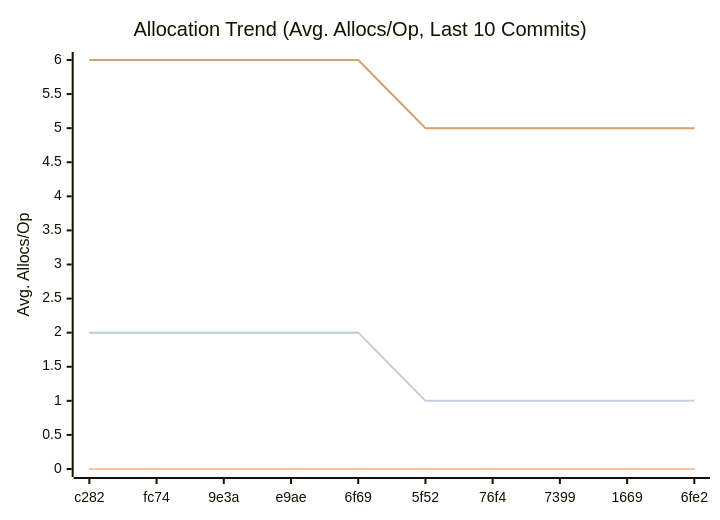
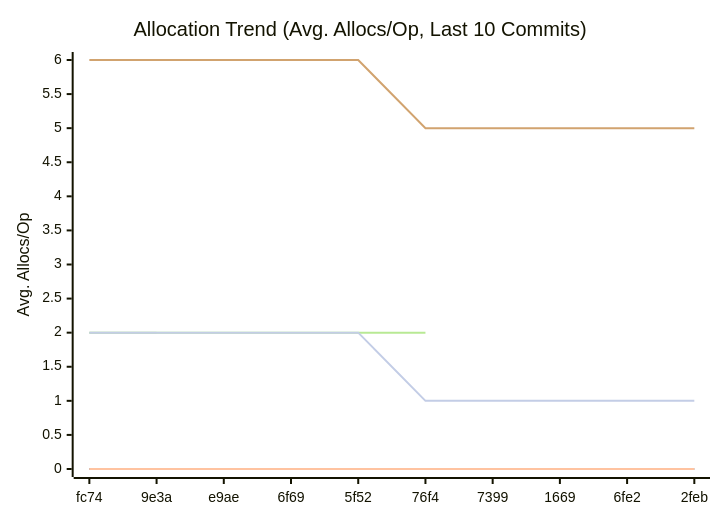
Before and after one commit to alsotoes/momo: the third of 3 diagrams in doc/README.md, drawn with Mermaid. The commit also changed other lines of this file and 1 other file, not shown here.

````diff
--- a/doc/README.md
+++ b/doc/README.md
@@ -320,14 +326,14 @@
 ```mermaid
 xychart-beta
     title "Allocation Trend (Avg. Allocs/Op, Last 10 Commits)"
     x-axis "Commit"
     y-axis "Avg. Allocs/Op"
-    x-axis [c282,fc74,9e3a,e9ae,6f69,5f52,76f4,7399,1669,6fe2]
+    x-axis [fc74,9e3a,e9ae,6f69,5f52,76f4,7399,1669,6fe2,2feb]
     line "CheckMetricsAndSwap" [0,0,0,0,0,0,0,0,0,0]
     line "IndexDirectTracking" [0,0,0,0,0,0,0,0,0,0]
     line "IndexSearch" [0,0,0,0,0,0,0,0,0,0]
-    line "LoadGlobalConfig" [2]
-    line "PadString" [2,2,2,2,2]
+    line "LoadGlobalConfig" [2,2]
+    line "PadString" [2,2,2,2,2,2]
     line "ParseReplicationOrder_NoPrealloc" [6,6,6,6,6,5,5,5,5,5]
     line "ParseReplicationOrder_Prealloc" [2,2,2,2,2,1,1,1,1,1]
 ```
````
